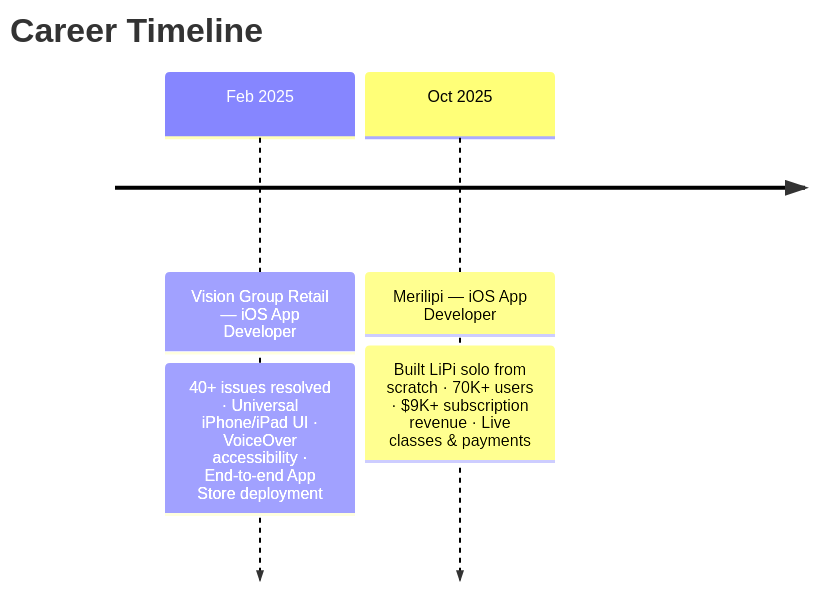
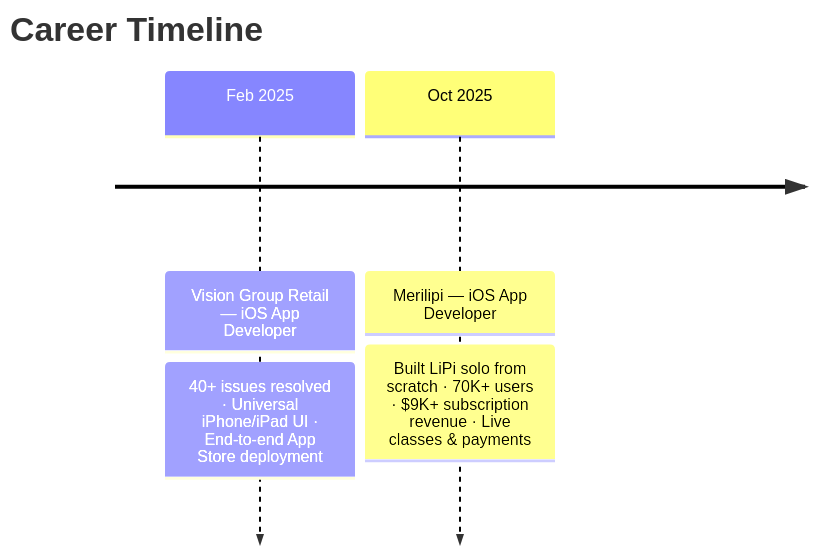
The diagram in README.md (nimish-khandelwal/nimish-khandelwal), drawn with Mermaid before and after one commit. The commit also changed other lines of this file, not shown here.

Commit message:
Sync README with resume — remove Agora, CocoaPods, VoiceOver

````diff
--- a/README.md
+++ b/README.md
@@ -150,8 +150,8 @@
 ```mermaid
 timeline
     title Career Timeline
     Feb 2025 : Vision Group Retail — iOS App Developer
-             : 40+ issues resolved · Universal iPhone/iPad UI · VoiceOver accessibility · End-to-end App Store deployment
+             : 40+ issues resolved · Universal iPhone/iPad UI · End-to-end App Store deployment
     Oct 2025 : Merilipi — iOS App Developer
              : Built LiPi solo from scratch · 70K+ users · $9K+ subscription revenue · Live classes & payments
 ```
````
